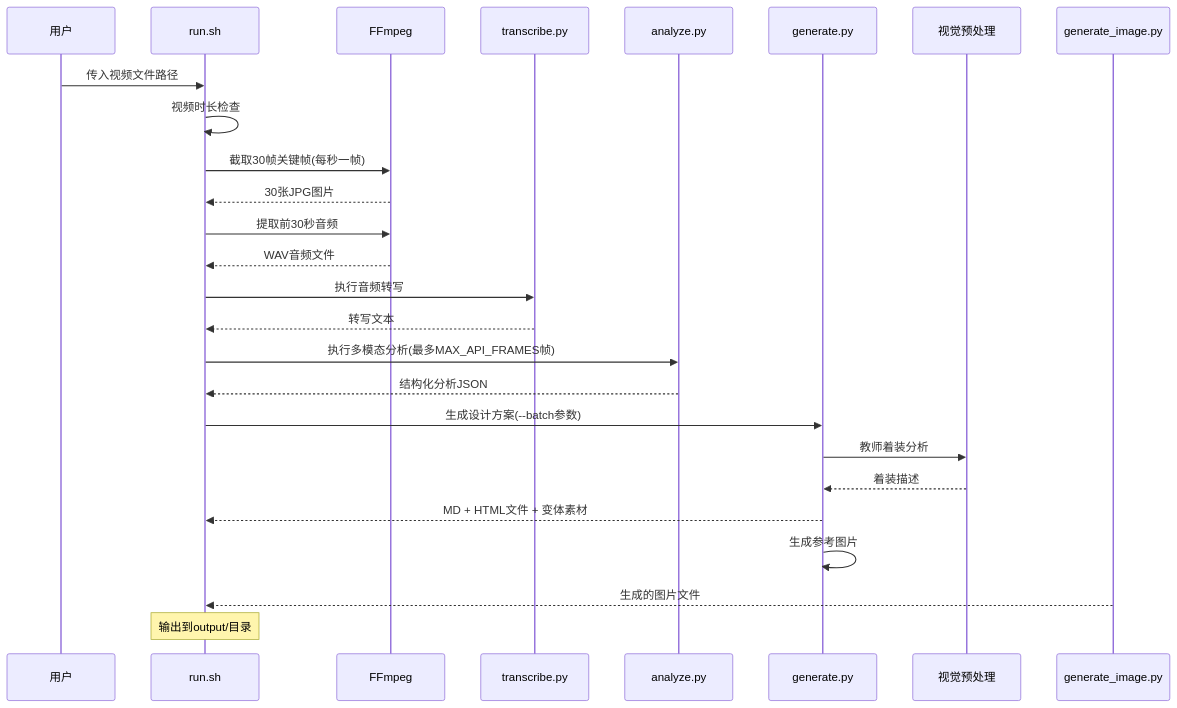
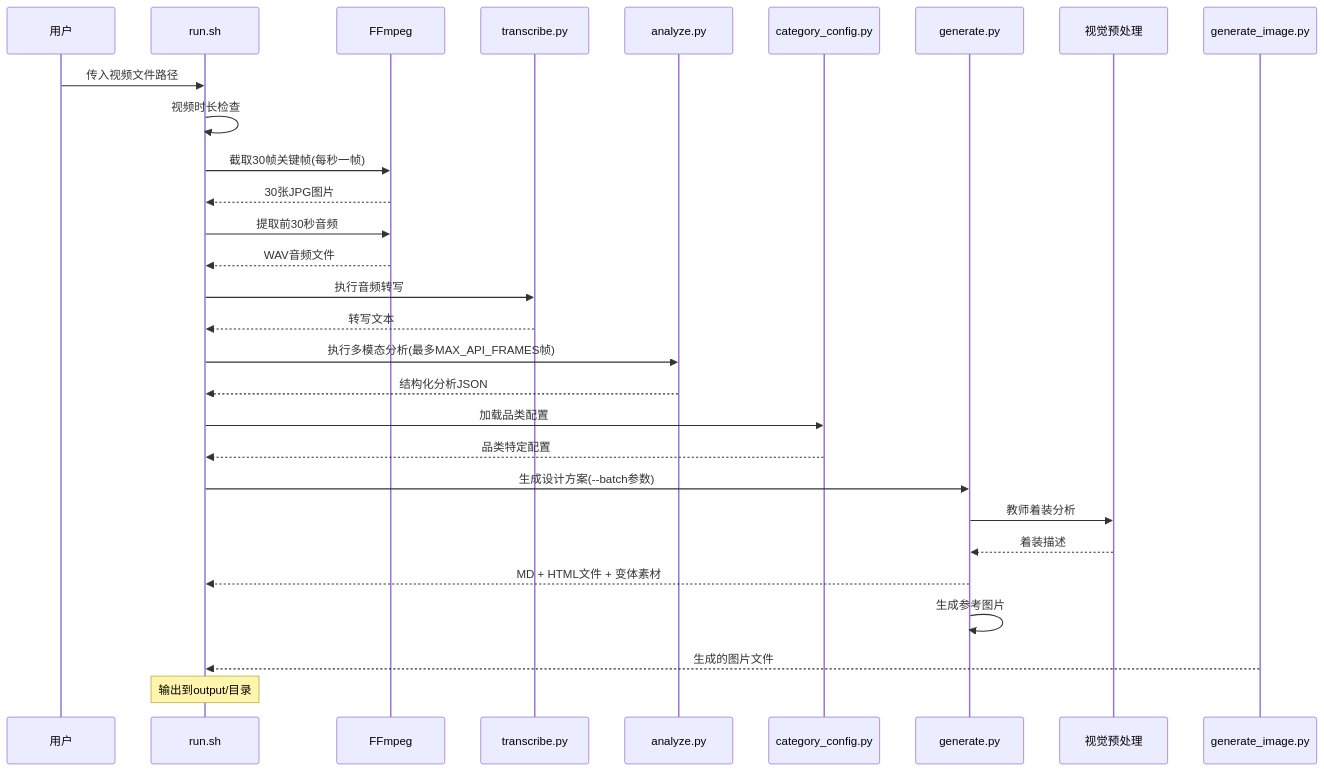
Before and after one commit to WongMingJiu/landingpage-test-hero-page: the second of 23 diagrams in .qoder/repowiki/zh/content/配置和定制/配置和定制.md, drawn with Mermaid. The commit also changed other lines of this file and 6 other files, not shown here.

````diff
--- a/.qoder/repowiki/zh/content/配置和定制/配置和定制.md
+++ b/.qoder/repowiki/zh/content/配置和定制/配置和定制.md
@@ -148,28 +176,31 @@
 ```mermaid
 sequenceDiagram
 participant User as 用户
 participant Run as run.sh
 participant FFmpeg as FFmpeg
 participant Transcribe as transcribe.py
 participant Analyze as analyze.py
+participant CategoryConfig as category_config.py
 participant Generate as generate.py
 participant VisualPreprocess as 视觉预处理
 participant GenerateImage as generate_image.py
 User->>Run : 传入视频文件路径
 Run->>Run : 视频时长检查
 Run->>FFmpeg : 截取30帧关键帧(每秒一帧)
 FFmpeg-->>Run : 30张JPG图片
 Run->>FFmpeg : 提取前30秒音频
 FFmpeg-->>Run : WAV音频文件
 Run->>Transcribe : 执行音频转写
 Transcribe-->>Run : 转写文本
 Run->>Analyze : 执行多模态分析(最多MAX_API_FRAMES帧)
 Analyze-->>Run : 结构化分析JSON
+Run->>CategoryConfig : 加载品类配置
+CategoryConfig-->>Run : 品类特定配置
 Run->>Generate : 生成设计方案(--batch参数)
 Generate->>VisualPreprocess : 教师着装分析
 VisualPreprocess-->>Generate : 着装描述
 Generate-->>Run : MD + HTML文件 + 变体素材
 Generate->>Generate : 生成参考图片
 GenerateImage-->>Run : 生成的图片文件
 Note over Run : 输出到output/目录
 ```
````
